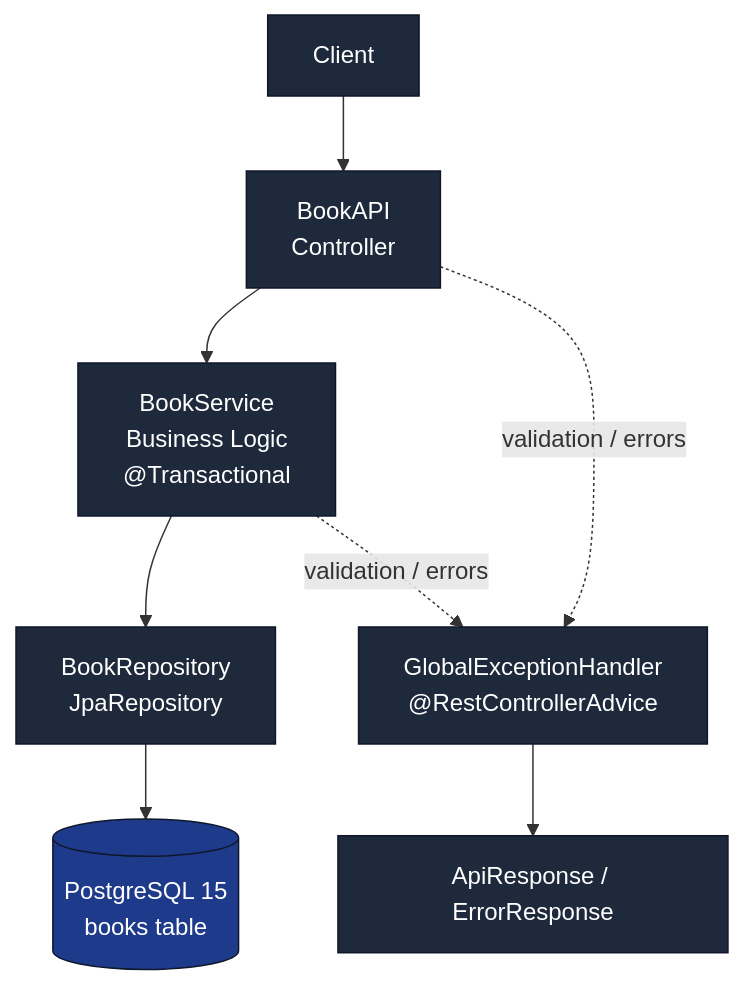
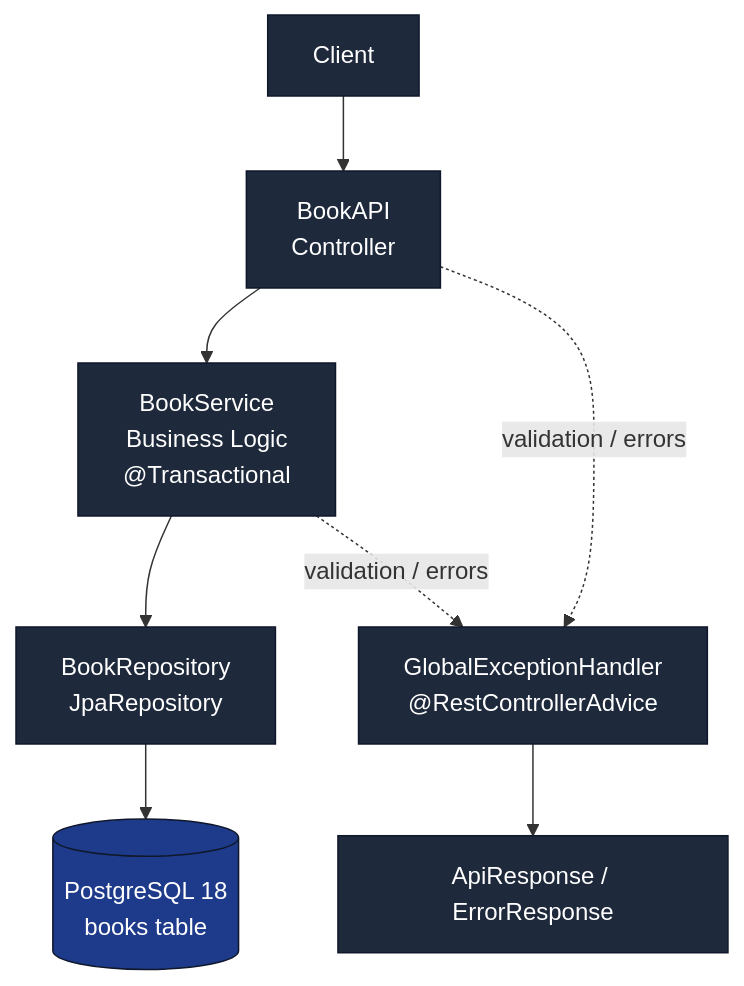
Before and after one commit to kyledelfin2006/library-api-system: the first of 2 diagrams in README.md, drawn with Mermaid. The commit also changed other lines of this file and 2 other files, not shown here.

````diff
--- a/README.md
+++ b/README.md
@@ -46,16 +46,16 @@
 ```mermaid
 flowchart TD
     C["Client"] --> A["BookAPI<br/>Controller"]
     A --> S["BookService<br/>Business Logic<br/>@Transactional"]
     S --> R["BookRepository<br/>JpaRepository"]
-    R --> D[("PostgreSQL 15<br/>books table")]
+    R --> D[("PostgreSQL 18<br/>books table")]
     A -. validation / errors .-> E["GlobalExceptionHandler<br/>@RestControllerAdvice"]
     S -. validation / errors .-> E
     E --> F["ApiResponse / ErrorResponse"]
 
     classDef default fill:#1e293b,stroke:#0f172a,color:#ffffff
     classDef db fill:#1e3a8a,stroke:#0f172a,color:#ffffff
 
     class C,A,S,R,E,F default
     class D db
 ```
````
